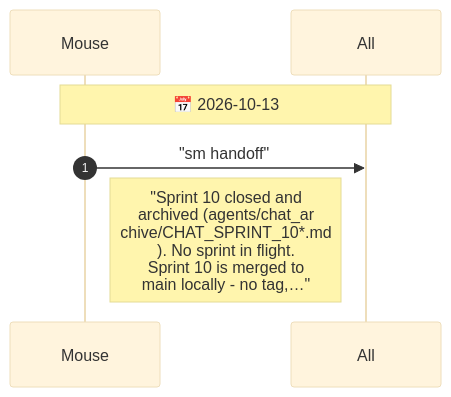
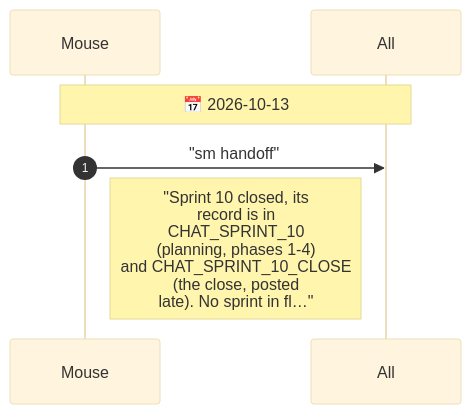
Before and after one commit to drusifer/fingerling: the diagram in agents/CHAT.diagram.md, drawn with Mermaid (base theme). The commit also changed 13 other files, not shown here.

First line of the commit message:
docs(sprint-10): restore the missing close record and require checking it before a merge

````diff
--- a/agents/CHAT.diagram.md
+++ b/agents/CHAT.diagram.md
@@ -5,10 +5,10 @@
 ```mermaid
 %%{init: {"sequence": {"messageFontSize": 14, "noteFontSize": 18, "actorFontSize": 14}}}%%
 sequenceDiagram
     autonumber
     participant Mouse
     participant All
     Note over Mouse,All: 📅 2026-10-13
     Mouse->>All: "sm handoff"
-    Note right of Mouse: "Sprint 10 closed and<br/>archived (agents/chat_ar<br/>chive/CHAT_SPRINT_10*.md<br/>). No sprint in flight.<br/>Sprint 10 is merged to<br/>main locally - no tag,…"
+    Note right of Mouse: "Sprint 10 closed, its<br/>record is in<br/>CHAT_SPRINT_10<br/>(planning, phases 1-4)<br/>and CHAT_SPRINT_10_CLOSE<br/>(the close, posted<br/>late). No sprint in fl…"
 ```
````
